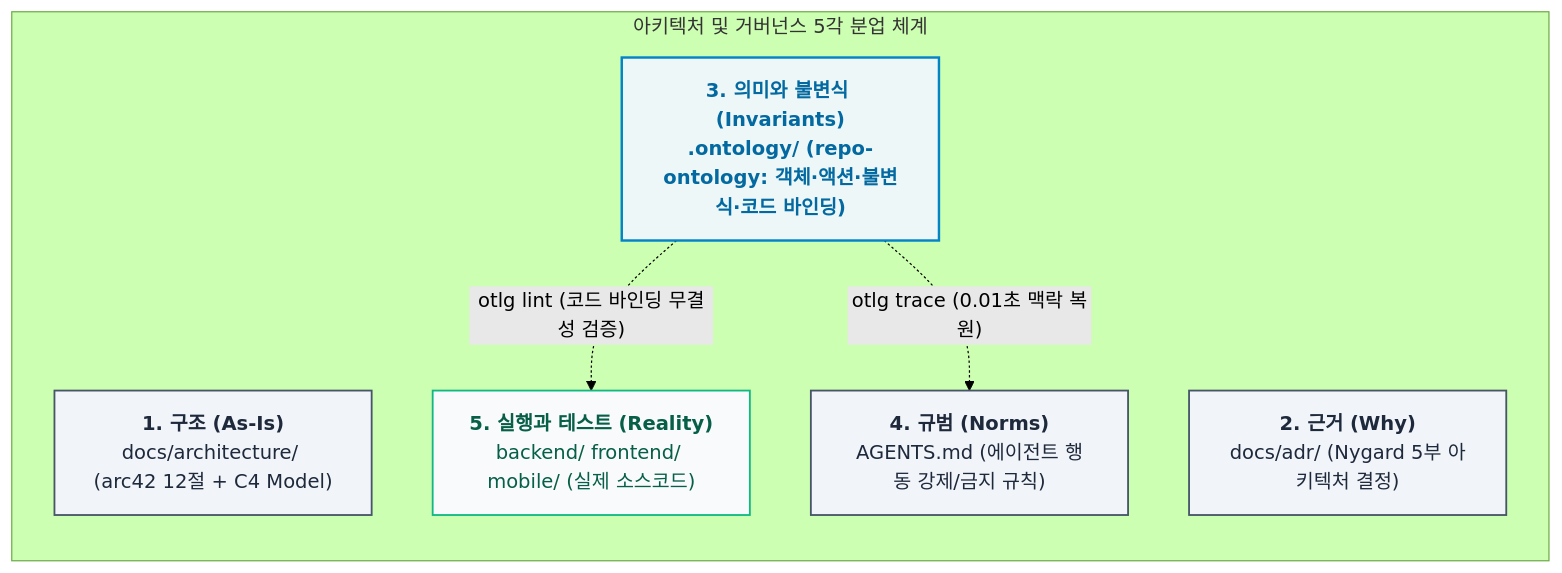
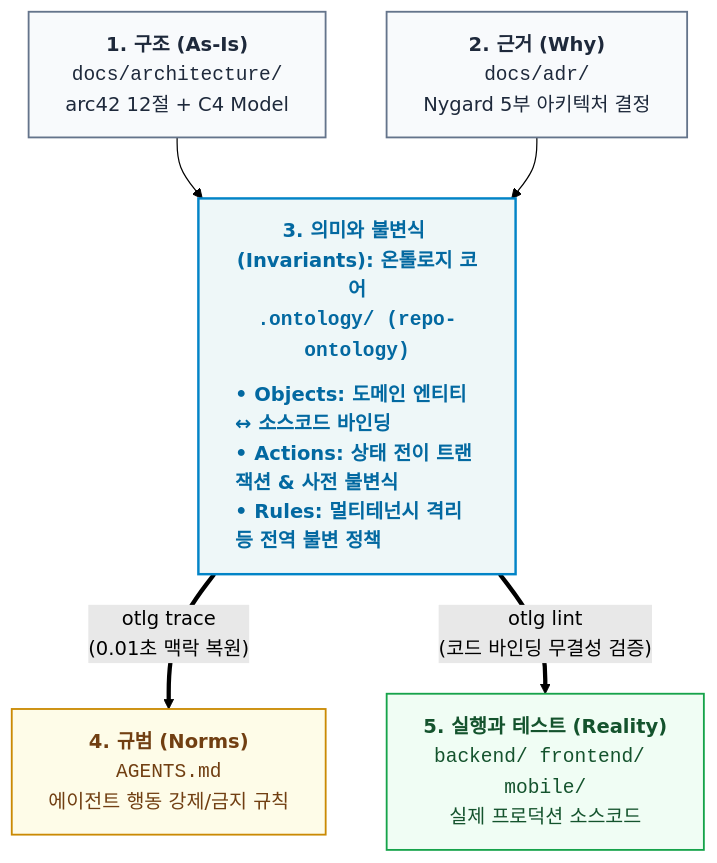
Before and after one commit to tomato-vault/tomato-vault.github.io: the third of 3 diagrams in _posts/tech/ai-agent-architecture/6 에이전트가 기억상실증입니다만, 문제라도?.md, drawn with Mermaid (forest theme). The commit also changed other lines of this file and 13 other files, not shown here.

First line of the commit message:
Refactor and enhance AI agent architecture documentation

````diff
--- a/_posts/tech/ai-agent-architecture/6 에이전트가 기억상실증입니다만, 문제라도?.md
+++ b/_posts/tech/ai-agent-architecture/6 에이전트가 기억상실증입니다만, 문제라도?.md
@@ -347,18 +347,18 @@
 ```mermaid
 flowchart TD
-    classDef arch fill:#f1f5f9,stroke:#475569,stroke-width:1.5px,color:#1e293b
     classDef ont fill:#eef7f8,stroke:#0284c7,stroke-width:2px,color:#0369a1,font-weight:bold
-    classDef code fill:#f8fafc,stroke:#10b981,stroke-width:1.5px,color:#065f46
+    classDef doc fill:#f8fafc,stroke:#64748b,stroke-width:1.5px,color:#1e293b
+    classDef exec fill:#f0fdf4,stroke:#16a34a,stroke-width:1.5px,color:#14532d
+    classDef norm fill:#fefce8,stroke:#ca8a04,stroke-width:1.5px,color:#713f12
 
-    subgraph GOV ["아키텍처 및 거버넌스 5각 분업 체계"]
-        direction TB
-        G1["<b>1. 구조 (As-Is)</b><br/>docs/architecture/ (arc42 12절 + C4 Model)"]:::arch
-        G2["<b>2. 근거 (Why)</b><br/>docs/adr/ (Nygard 5부 아키텍처 결정)"]:::arch
-        G3["<b>3. 의미와 불변식 (Invariants)</b><br/>.ontology/ (repo-ontology: 객체·액션·불변식·코드 바인딩)"]:::ont
-        G4["<b>4. 규범 (Norms)</b><br/>AGENTS.md (에이전트 행동 강제/금지 규칙)"]:::arch
-        G5["<b>5. 실행과 테스트 (Reality)</b><br/>backend/ frontend/ mobile/ (실제 소스코드)"]:::code
-    end
+    G1["<b>1. 구조 (As-Is)</b><br/><code>docs/architecture/</code><br/>arc42 12절 + C4 Model"]:::doc
+    G2["<b>2. 근거 (Why)</b><br/><code>docs/adr/</code><br/>Nygard 5부 아키텍처 결정"]:::doc
 
-    G3 -.->|"otlg lint (코드 바인딩 무결성 검증)"| G5
-    G3 -.->|"otlg trace (0.01초 맥락 복원)"| G4
+    G1 --> G3
+    G2 --> G3
+
+    G3["<b>3. 의미와 불변식 (Invariants): 온톨로지 코어</b><br/><code>.ontology/ (repo-ontology)</code><hr style='margin:6px 0; border:none; border-top:1px solid #38bdf8;'/><div style='text-align:left; line-height:1.5;'>• <b>Objects</b>: 도메인 엔티티 ↔ 소스코드 바인딩<br/>• <b>Actions</b>: 상태 전이 트랜잭션 & 사전 불변식<br/>• <b>Rules</b>: 멀티테넌시 격리 등 전역 불변 정책</div>"]:::ont
+
+    G3 ==>|"otlg trace<br/>(0.01초 맥락 복원)"| G4["<b>4. 규범 (Norms)</b><br/><code>AGENTS.md</code><br/>에이전트 행동 강제/금지 규칙"]:::norm
+    G3 ==>|"otlg lint<br/>(코드 바인딩 무결성 검증)"| G5["<b>5. 실행과 테스트 (Reality)</b><br/><code>backend/ frontend/ mobile/</code><br/>실제 프로덕션 소스코드"]:::exec
 ```
````
